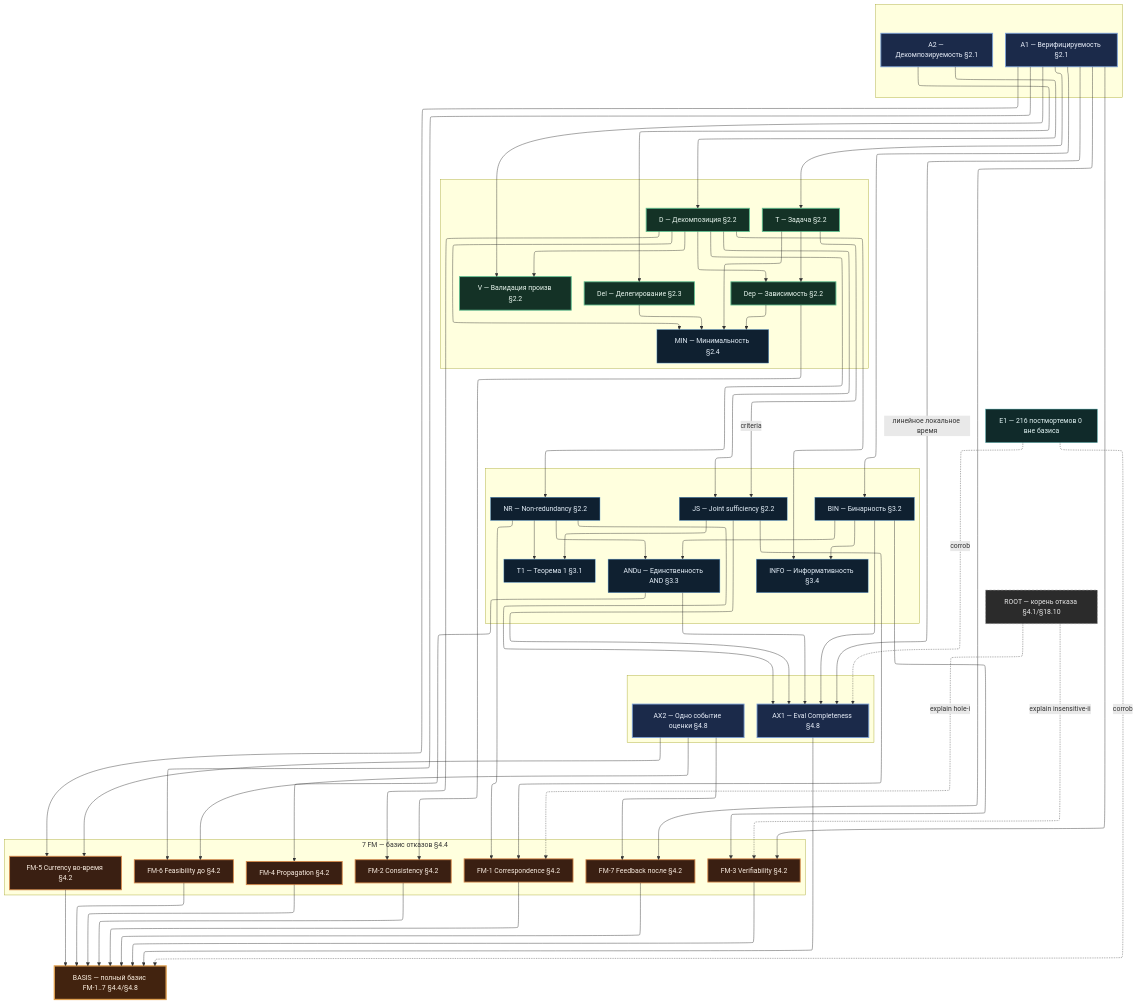
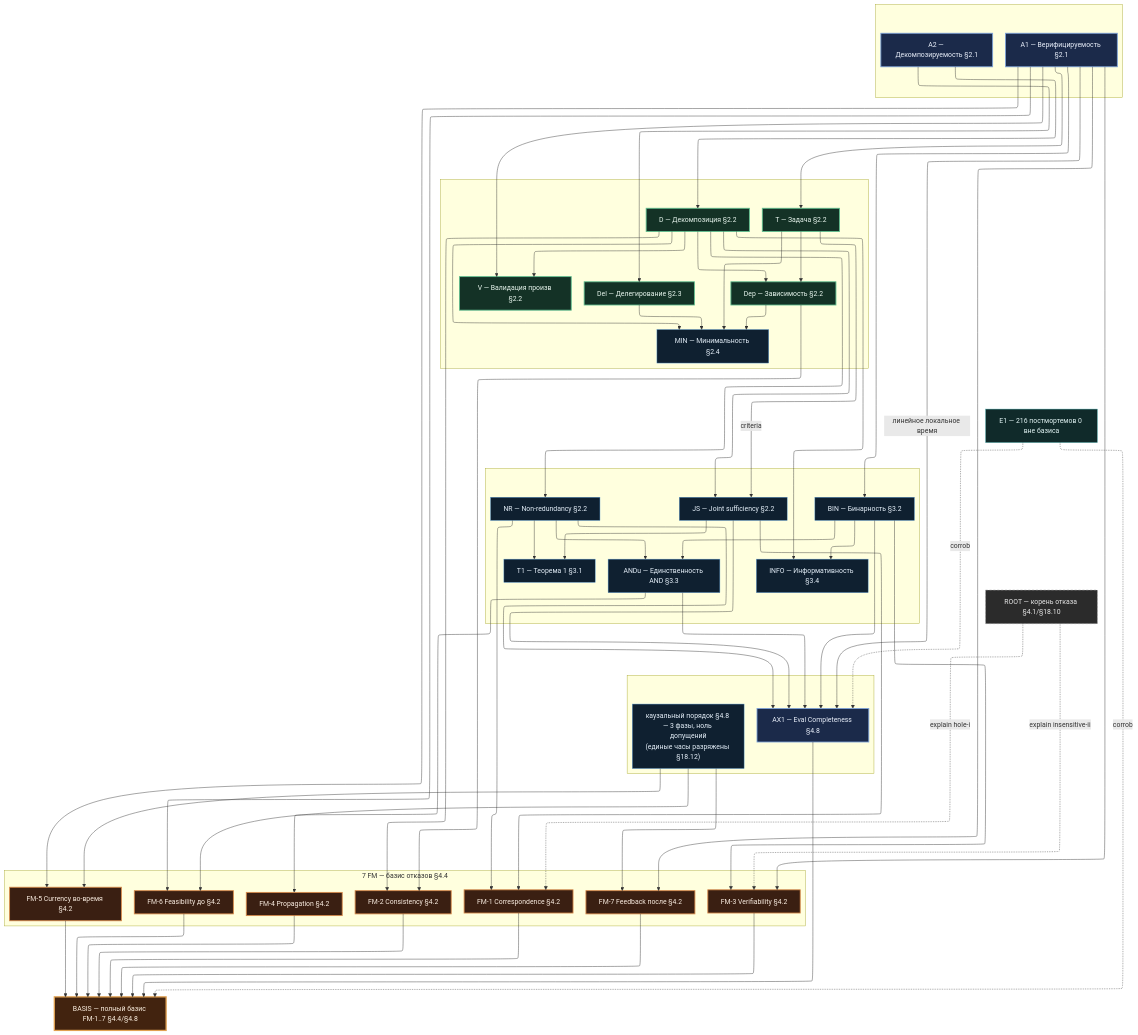
The first of 5 diagrams in docs/gfso_dependency_map.md (Kirill-Shokhin/GFSO), drawn with Mermaid before and after one commit. The commit also changed other lines of this file and 32 other files, not shown here.

```diff
--- a/docs/gfso_dependency_map.md
+++ b/docs/gfso_dependency_map.md
@@ -81,9 +81,10 @@
   subgraph SAXC[" "]
     direction TB
     AX1["AX1 — Eval Completeness §4.8"]
-    AX2["AX2 — Одно событие оценки §4.8"]
+    AX2["каузальный порядок §4.8 — 3 фазы, ноль допущений<br/>(единые часы разряжены §18.12)"]
   end
-  class AX1,AX2 axiom
+  class AX1 axiom
+  class AX2 derived
 
   subgraph SFM["7 FM — базис отказов §4.4"]
     direction TB
```
